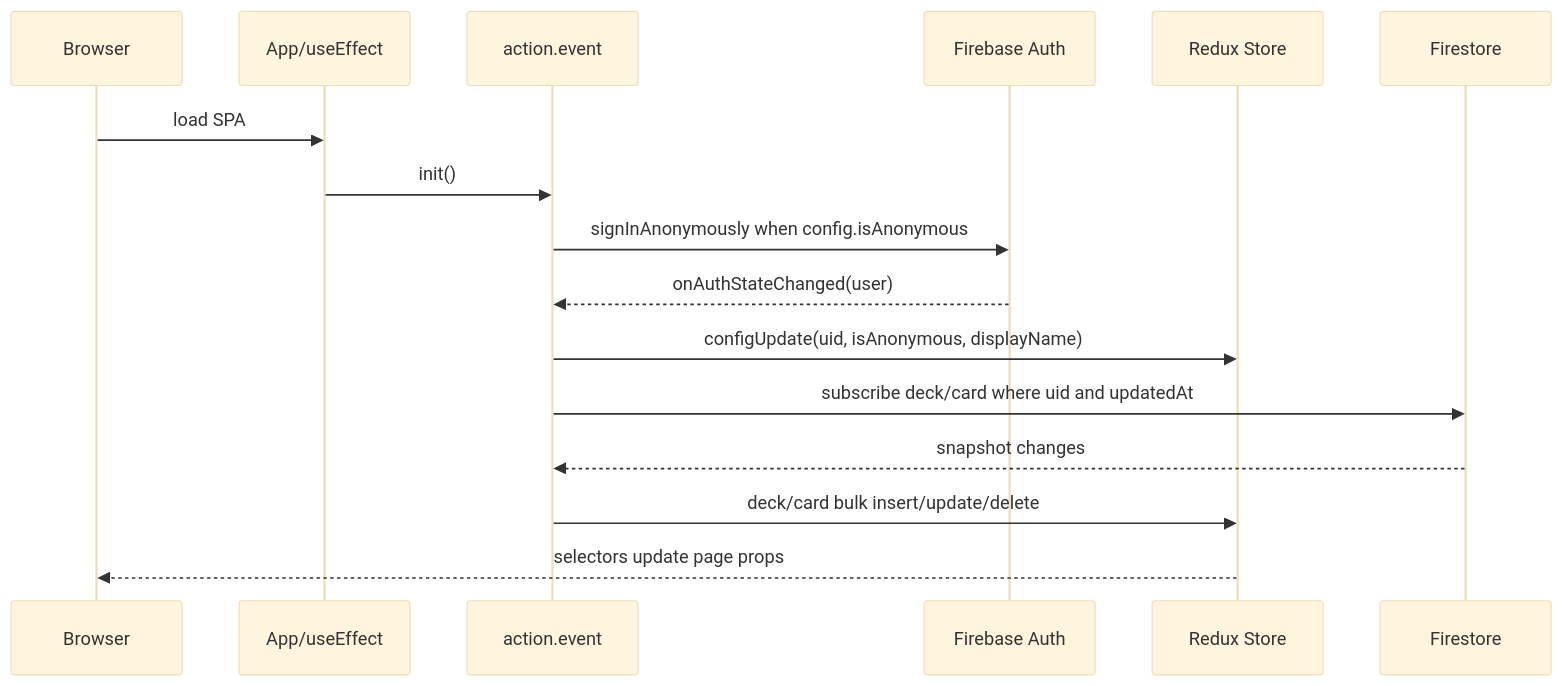
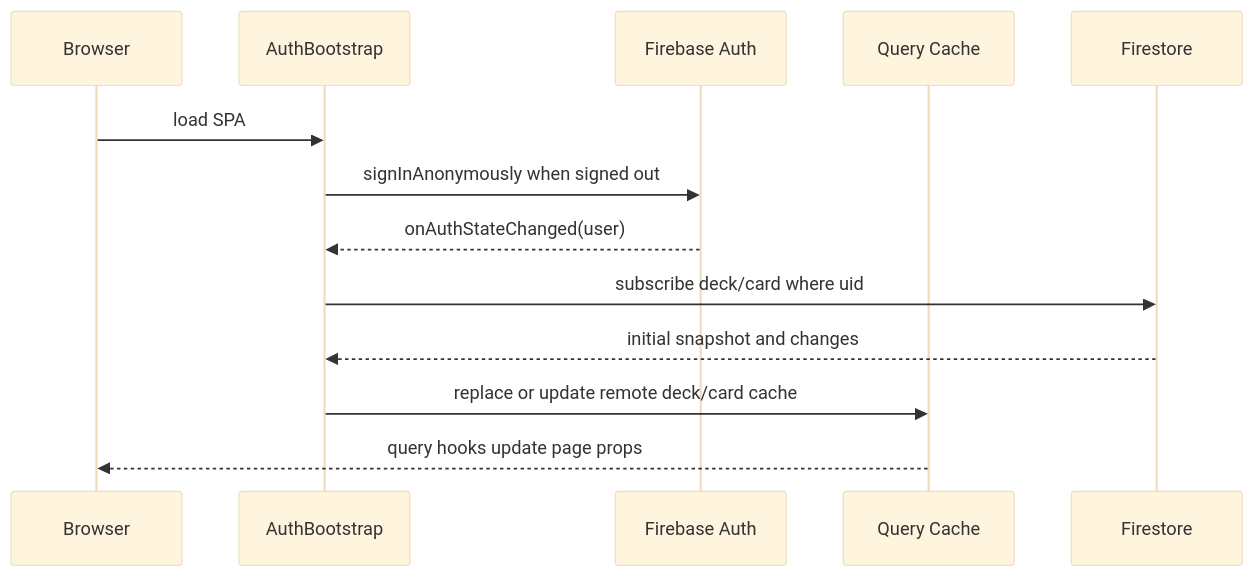
The second of 3 diagrams in docs/summary/architecture.md (her0e1c1/tango), drawn with Mermaid (base theme) before and after one commit. The commit also changed other lines of this file and 42 other files, not shown here.

Commit message:
refactor: make Query the only remote data cache (#274)

````diff
--- a/docs/summary/architecture.md
+++ b/docs/summary/architecture.md
@@ -44,19 +45,16 @@
 ```mermaid
 sequenceDiagram
     participant Browser
-    participant App as App/useEffect
-    participant Event as action.event
+    participant App as AuthBootstrap
     participant Auth as Firebase Auth
-    participant Store as Redux Store
+    participant Query as Query Cache
     participant FS as Firestore
 
     Browser->>App: load SPA
-    App->>Event: init()
-    Event->>Auth: signInAnonymously when config.isAnonymous
-    Auth-->>Event: onAuthStateChanged(user)
-    Event->>Store: configUpdate(uid, isAnonymous, displayName)
-    Event->>FS: subscribe deck/card where uid and updatedAt
-    FS-->>Event: snapshot changes
-    Event->>Store: deck/card bulk insert/update/delete
-    Store-->>Browser: selectors update page props
+    App->>Auth: signInAnonymously when signed out
+    Auth-->>App: onAuthStateChanged(user)
+    App->>FS: subscribe deck/card where uid
+    FS-->>App: initial snapshot and changes
+    App->>Query: replace or update remote deck/card cache
+    Query-->>Browser: query hooks update page props
 ```
````
